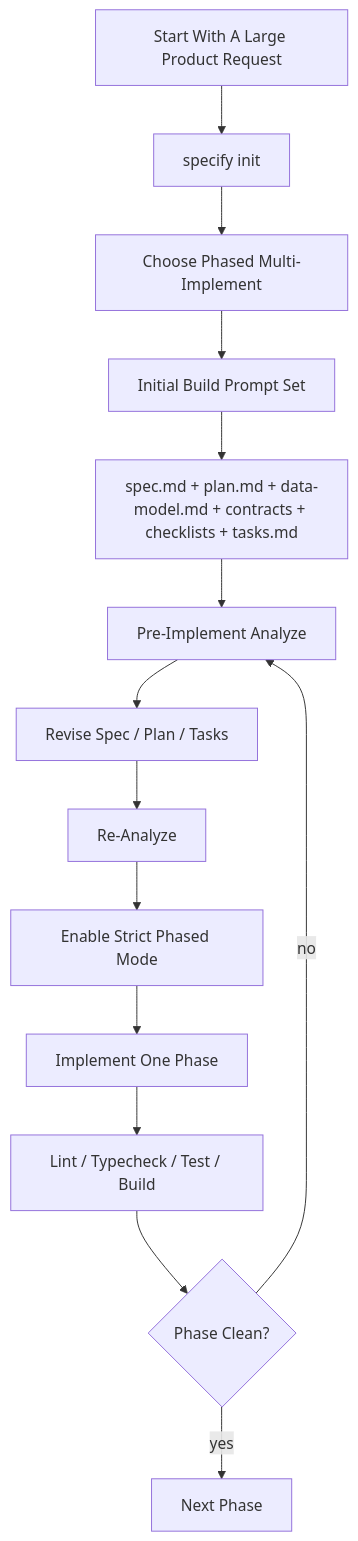
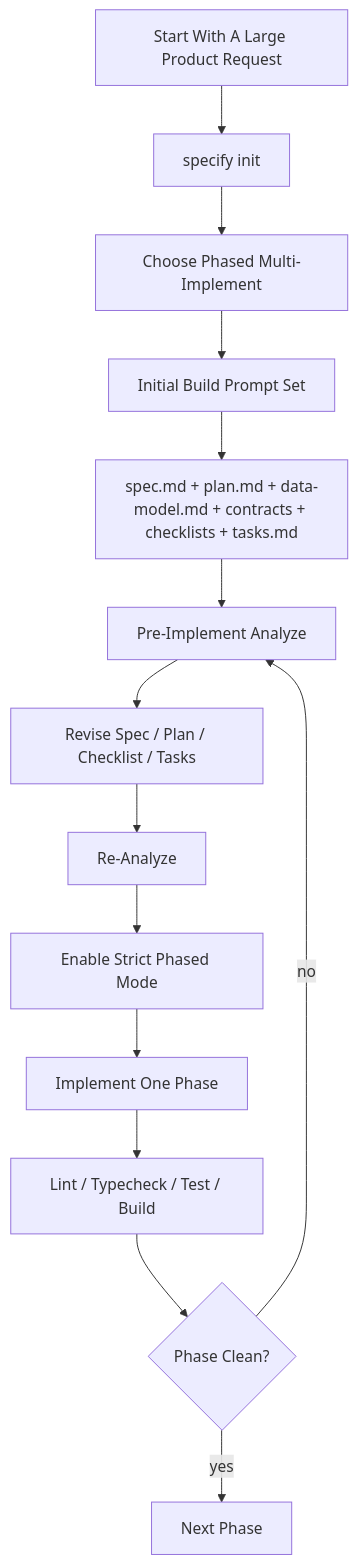
One commit to jessepetersondev/jesses-book-of-cool-speckit changed the diagram in docs/reproducibility/reproduce.md. Above: the diagram before and after it, drawn with Mermaid. The commit also changed other lines of this file and 17 other files, not shown here.

Commit message:
Add checklist step to phased flow

````diff
--- a/docs/reproducibility/reproduce.md
+++ b/docs/reproducibility/reproduce.md
@@ -15,16 +15,16 @@
 ```mermaid
 flowchart TD
     A[Start With A Large Product Request] --> B[specify init]
     B --> C[Choose Phased Multi-Implement]
     C --> D[Initial Build Prompt Set]
     D --> E[spec.md + plan.md + data-model.md + contracts + checklists + tasks.md]
     E --> F[Pre-Implement Analyze]
-    F --> G[Revise Spec / Plan / Tasks]
+    F --> G[Revise Spec / Plan / Checklist / Tasks]
     G --> H[Re-Analyze]
     H --> I[Enable Strict Phased Mode]
     I --> J[Implement One Phase]
     J --> K[Lint / Typecheck / Test / Build]
     K --> L{Phase Clean?}
     L -->|yes| M[Next Phase]
     L -->|no| F
 ```
````
